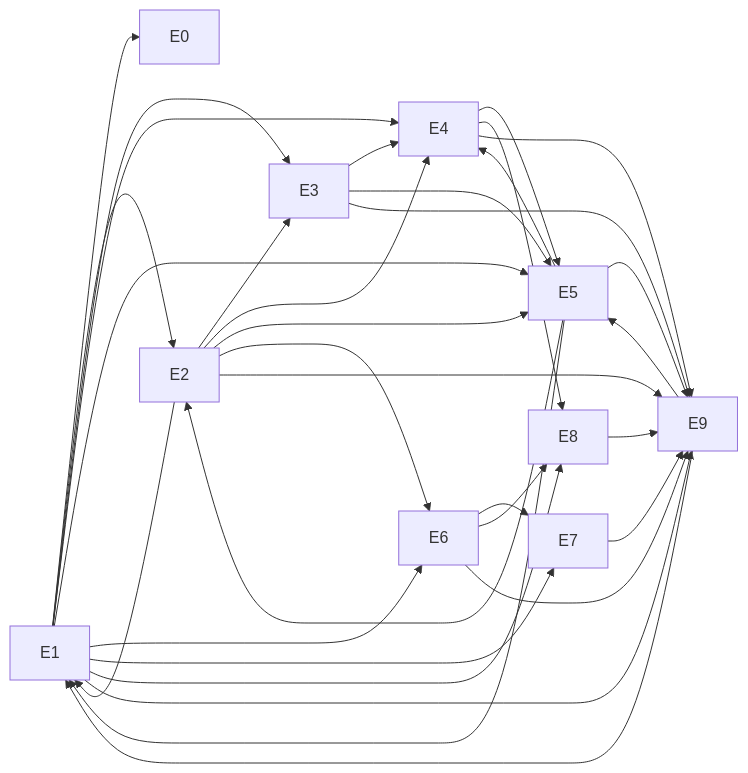
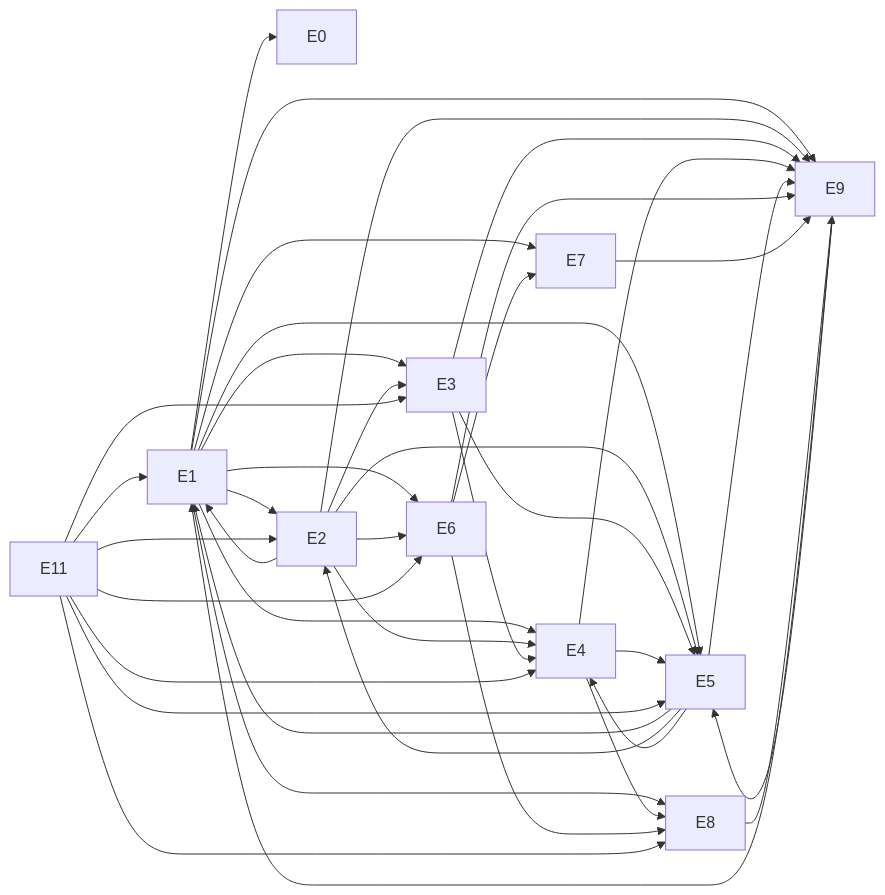
The diagram in docs/ROADMAP.md (marinoscar/local-ai), drawn with Mermaid before and after one commit. The commit also changed other lines of this file and 1 other file, not shown here.

First line of the commit message:
docs(roadmap): add epic E11 and the music spec to the docs map

````diff
--- a/docs/ROADMAP.md
+++ b/docs/ROADMAP.md
@@ -27,35 +28,42 @@
 ```mermaid
 flowchart LR
   E1 --> E0
   E1 --> E2
   E1 --> E3
   E1 --> E4
   E1 --> E5
   E1 --> E6
   E1 --> E7
   E1 --> E8
   E1 --> E9
   E2 --> E1
   E2 --> E3
   E2 --> E4
   E2 --> E5
   E2 --> E6
   E2 --> E9
   E3 --> E4
   E3 --> E5
   E3 --> E9
   E4 --> E5
   E4 --> E8
   E4 --> E9
   E5 --> E1
   E5 --> E2
   E5 --> E4
   E5 --> E9
   E6 --> E7
   E6 --> E8
   E6 --> E9
   E7 --> E9
   E8 --> E9
   E9 --> E1
   E9 --> E5
+  E11 --> E1
+  E11 --> E2
+  E11 --> E3
+  E11 --> E4
+  E11 --> E5
+  E11 --> E6
+  E11 --> E8
 ```
````
